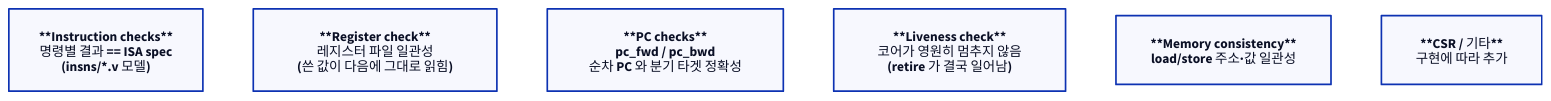
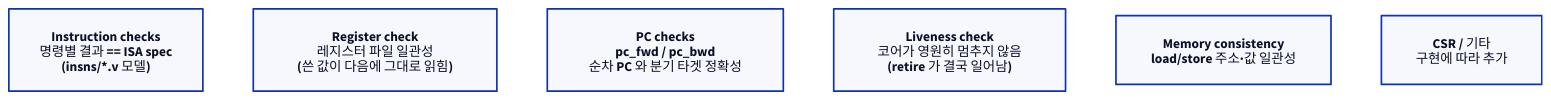
Before and after one commit to humbleowl39/DV_SKOOL: the third of 4 diagrams in starlight_site/src/content/docs/cpu_dv/06_riscv_formal.md, drawn with D2. The commit also changed other lines of this file and 714 other files, not shown here.

First line of the commit message:
fix(site): d2 다이어그램 가독성 결함 6종 일괄 수정

````diff
--- a/starlight_site/src/content/docs/cpu_dv/06_riscv_formal.md
+++ b/starlight_site/src/content/docs/cpu_dv/06_riscv_formal.md
@@ -158,10 +158,10 @@
 ```d2
 direction: down
 
-C1: "**Instruction checks**\n명령별 결과 == ISA spec\n(insns/*.v 모델)"
-C2: "**Register check**\n레지스터 파일 일관성\n(쓴 값이 다음에 그대로 읽힘)"
-C3: "**PC checks**\npc_fwd / pc_bwd\n순차 PC 와 분기 타겟 정확성"
-C4: "**Liveness check**\n코어가 영원히 멈추지 않음\n(retire 가 결국 일어남)"
-C5: "**Memory consistency**\nload/store 주소·값 일관성"
-C6: "**CSR / 기타**\n구현에 따라 추가"
+C1: "Instruction checks\n명령별 결과 == ISA spec\n(insns/*.v 모델)"
+C2: "Register check\n레지스터 파일 일관성\n(쓴 값이 다음에 그대로 읽힘)"
+C3: "PC checks\npc_fwd / pc_bwd\n순차 PC 와 분기 타겟 정확성"
+C4: "Liveness check\n코어가 영원히 멈추지 않음\n(retire 가 결국 일어남)"
+C5: "Memory consistency\nload/store 주소·값 일관성"
+C6: "CSR / 기타\n구현에 따라 추가"
 ```
````
